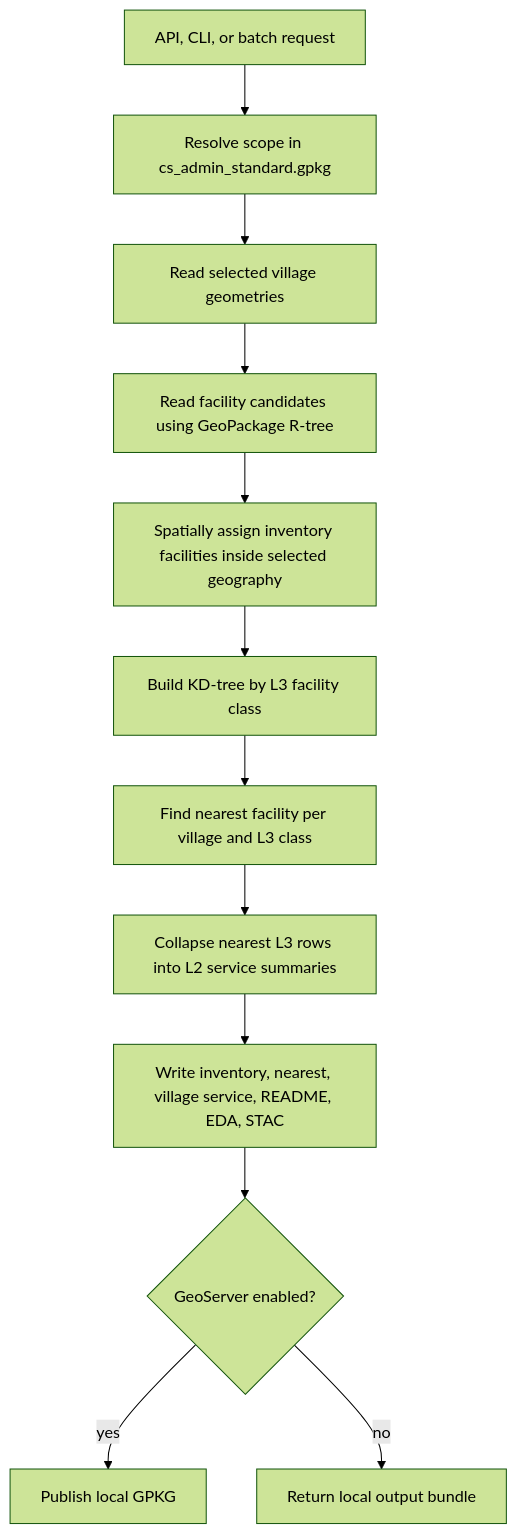
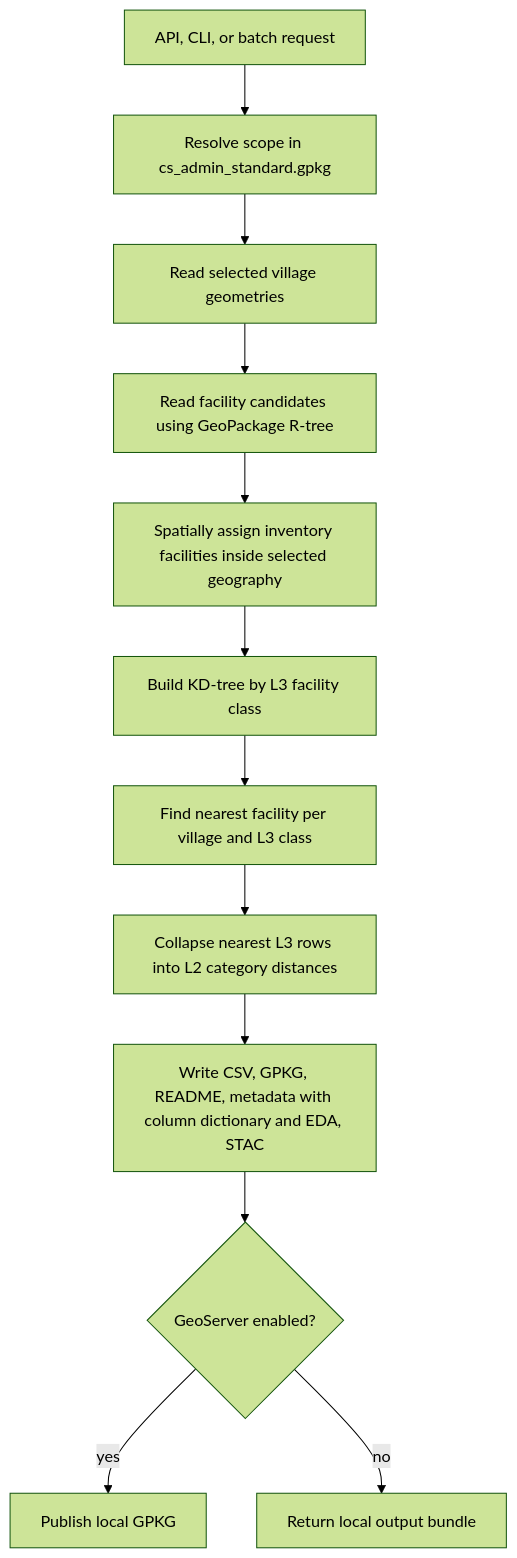
Before and after one commit to core-stack-org/core-stack-backend: the diagram in computing/misc/facilities/README.md, drawn with Mermaid (forest theme). The commit also changed other lines of this file and 17 other files, not shown here.

````diff
--- a/computing/misc/facilities/README.md
+++ b/computing/misc/facilities/README.md
@@ -6,14 +97,14 @@
 ```mermaid
 flowchart TD
     A[API, CLI, or batch request] --> B[Resolve scope in cs_admin_standard.gpkg]
     B --> C[Read selected village geometries]
     C --> D[Read facility candidates using GeoPackage R-tree]
     D --> E[Spatially assign inventory facilities inside selected geography]
     E --> F[Build KD-tree by L3 facility class]
     F --> G[Find nearest facility per village and L3 class]
-    G --> H[Collapse nearest L3 rows into L2 service summaries]
-    H --> I[Write inventory, nearest, village service, README, EDA, STAC]
+    G --> H[Collapse nearest L3 rows into L2 category distances]
+    H --> I[Write CSV, GPKG, README, metadata with column dictionary and EDA, STAC]
     I --> J{GeoServer enabled?}
     J -- yes --> K[Publish local GPKG]
     J -- no --> L[Return local output bundle]
 ```
````
